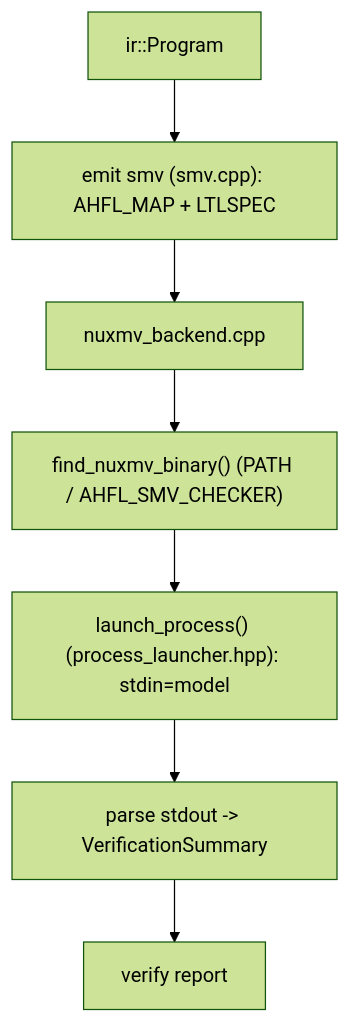
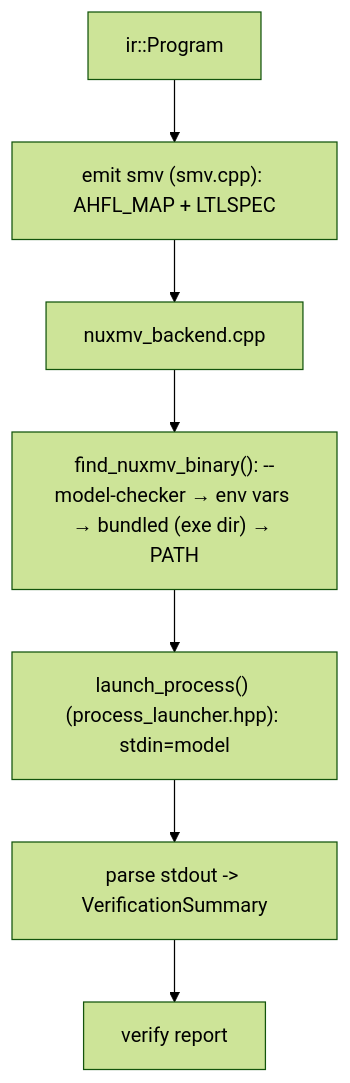
One commit to Zzzode/AHFL changed the first of 2 diagrams in docs/rfcs/0018-nusmv-library-mode.zh.md. Above: the diagram before and after it, drawn with Mermaid (forest theme). The commit also changed other lines of this file and 3 other files, not shown here.

````diff
--- a/docs/rfcs/0018-nusmv-library-mode.zh.md
+++ b/docs/rfcs/0018-nusmv-library-mode.zh.md
@@ -87,9 +115,9 @@
 ```mermaid
 flowchart TD
     IR["ir::Program"] --> Emit["emit smv (smv.cpp): AHFL_MAP + LTLSPEC"]
     Emit --> Backend["nuxmv_backend.cpp"]
-    Backend --> Find["find_nuxmv_binary() (PATH / AHFL_SMV_CHECKER)"]
+    Backend --> Find["find_nuxmv_binary(): --model-checker → env vars → bundled (exe dir) → PATH"]
     Find --> Launch["launch_process() (process_launcher.hpp): stdin=model"]
     Launch --> Parse["parse stdout -> VerificationSummary"]
     Parse --> Report["verify report"]
 ```
````
